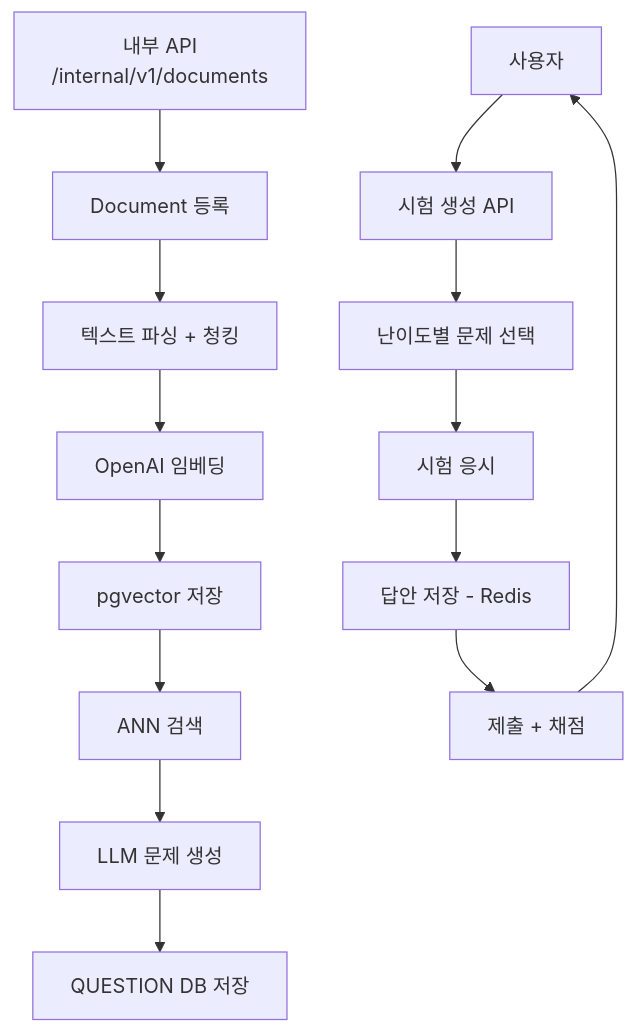
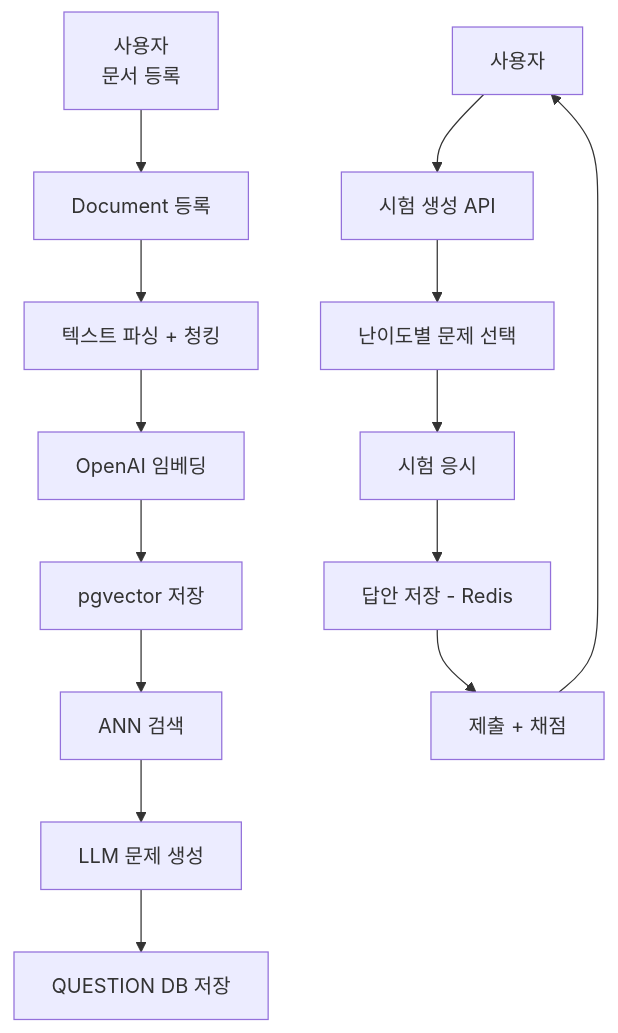
One commit to GaJaMy/TMK changed the diagram in docs/TMK(Test My Knowledge).md. Above: the diagram before and after it, drawn with Mermaid. The commit also changed other lines of this file and 541 other files, not shown here.

````diff
--- a/docs/TMK(Test My Knowledge).md
+++ b/docs/TMK(Test My Knowledge).md
@@ -104,29 +105,29 @@
 ```mermaid
 graph TD
 
-A[내부 API<br/>/internal/v1/documents] --> B[Document 등록]
+UserDoc[사용자<br/>문서 등록] --> B[Document 등록]
 
 B --> C[텍스트 파싱 + 청킹]
 
 C --> D[OpenAI 임베딩]
 
 D --> E[pgvector 저장]
 
 E --> F[ANN 검색]
 
 F --> G[LLM 문제 생성]
 
 G --> H[QUESTION DB 저장]
 
 User[사용자] --> I[시험 생성 API]
 
 I --> J[난이도별 문제 선택]
 
 J --> K[시험 응시]
 
 K --> L[답안 저장 - Redis]
 
 L --> M[제출 + 채점]
 
 M --> User
 ```
````
